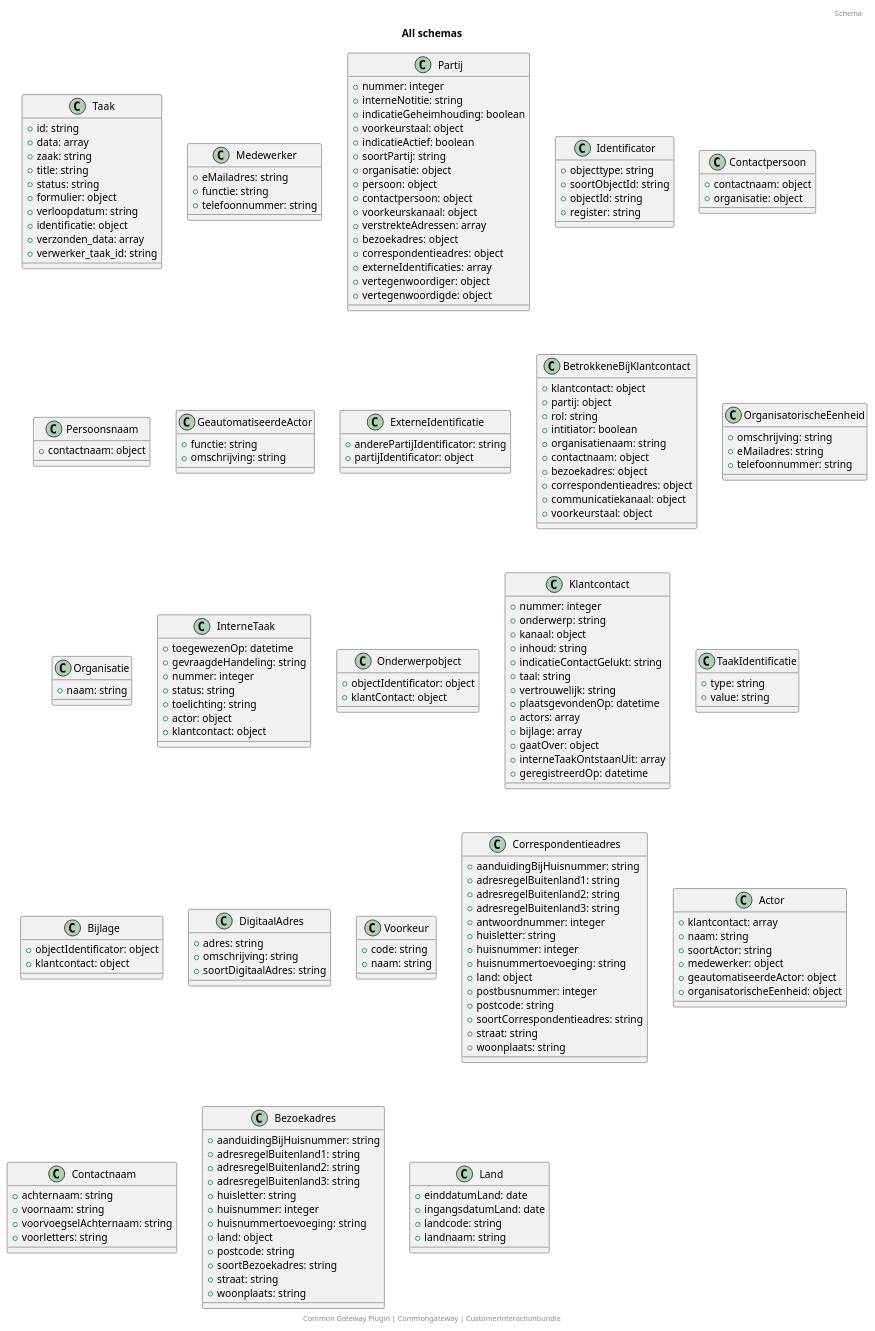
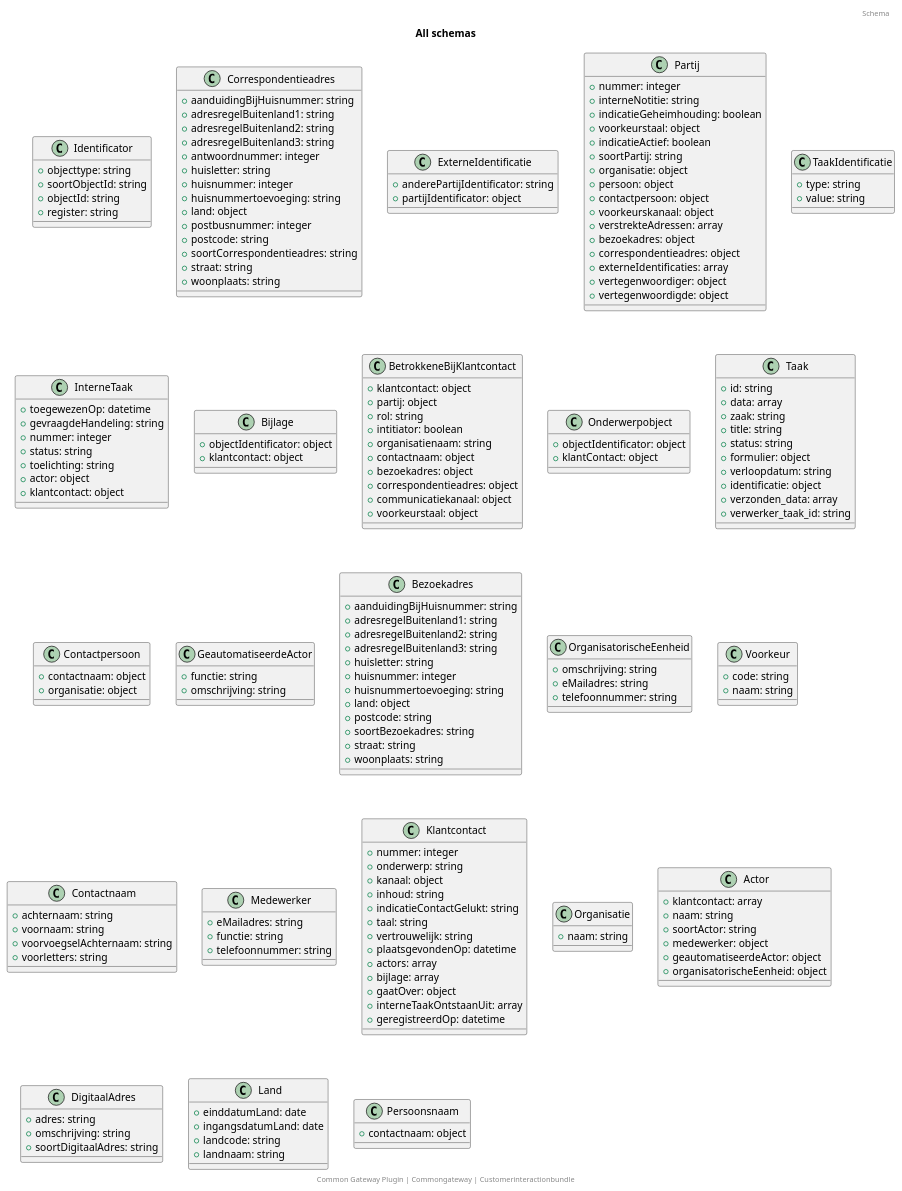
Before and after one commit to CommonGateway/CustomerInteractionBundle: the diagram in docs/schema/all_schema_classes.puml, drawn with PlantUML. The commit also changed other lines of this file and 1 other file, not shown here.

```diff
--- a/docs/schema/all_schema_classes.puml
+++ b/docs/schema/all_schema_classes.puml
@@ -1,176 +1,176 @@
 @startuml
 title: All schemas
 footer: Common Gateway Plugin | Commongateway | Customerinteractionbundle 
 header: Schema
-class Taak {
-  + id: string
-  + data: array
-  + zaak: string
-  + title: string
-  + status: string
-  + formulier: object
-  + verloopdatum: string
-  + identificatie: object
-  + verzonden_data: array
-  + verwerker_taak_id: string
+class Identificator {
+  + objecttype: string
+  + soortObjectId: string
+  + objectId: string
+  + register: string
 }
-class Medewerker {
-  + eMailadres: string
-  + functie: string
-  + telefoonnummer: string
+class Correspondentieadres {
+  + aanduidingBijHuisnummer: string
+  + adresregelBuitenland1: string
+  + adresregelBuitenland2: string
+  + adresregelBuitenland3: string
+  + antwoordnummer: integer
+  + huisletter: string
+  + huisnummer: integer
+  + huisnummertoevoeging: string
+  + land: object
+  + postbusnummer: integer
+  + postcode: string
+  + soortCorrespondentieadres: string
+  + straat: string
+  + woonplaats: string
+}
+class ExterneIdentificatie {
+  + anderePartijIdentificator: string
+  + partijIdentificator: object
 }
 class Partij {
   + nummer: integer
   + interneNotitie: string
   + indicatieGeheimhouding: boolean
   + voorkeurstaal: object
   + indicatieActief: boolean
   + soortPartij: string
   + organisatie: object
   + persoon: object
   + contactpersoon: object
   + voorkeurskanaal: object
   + verstrekteAdressen: array
   + bezoekadres: object
   + correspondentieadres: object
   + externeIdentificaties: array
   + vertegenwoordiger: object
   + vertegenwoordigde: object
 }
-class Identificator {
-  + objecttype: string
-  + soortObjectId: string
-  + objectId: string
-  + register: string
+class TaakIdentificatie {
+  + type: string
+  + value: string
 }
-class Contactpersoon {
-  + contactnaam: object
-  + organisatie: object
+class InterneTaak {
+  + toegewezenOp: datetime
+  + gevraagdeHandeling: string
+  + nummer: integer
+  + status: string
+  + toelichting: string
+  + actor: object
+  + klantcontact: object
 }
-class Persoonsnaam {
-  + contactnaam: object
-}
-class GeautomatiseerdeActor {
-  + functie: string
-  + omschrijving: string
-}
-class ExterneIdentificatie {
-  + anderePartijIdentificator: string
-  + partijIdentificator: object
+class Bijlage {
+  + objectIdentificator: object
+  + klantcontact: object
 }
 class BetrokkeneBijKlantcontact {
   + klantcontact: object
   + partij: object
   + rol: string
   + intitiator: boolean
   + organisatienaam: string
   + contactnaam: object
   + bezoekadres: object
   + correspondentieadres: object
   + communicatiekanaal: object
   + voorkeurstaal: object
 }
+class Onderwerpobject {
+  + objectIdentificator: object
+  + klantContact: object
+}
+class Taak {
+  + id: string
+  + data: array
+  + zaak: string
+  + title: string
+  + status: string
+  + formulier: object
+  + verloopdatum: string
+  + identificatie: object
+  + verzonden_data: array
+  + verwerker_taak_id: string
+}
+class Contactpersoon {
+  + contactnaam: object
+  + organisatie: object
+}
+class GeautomatiseerdeActor {
+  + functie: string
+  + omschrijving: string
+}
+class Bezoekadres {
+  + aanduidingBijHuisnummer: string
+  + adresregelBuitenland1: string
+  + adresregelBuitenland2: string
+  + adresregelBuitenland3: string
+  + huisletter: string
+  + huisnummer: integer
+  + huisnummertoevoeging: string
+  + land: object
+  + postcode: string
+  + soortBezoekadres: string
+  + straat: string
+  + woonplaats: string
+}
 class OrganisatorischeEenheid {
   + omschrijving: string
   + eMailadres: string
   + telefoonnummer: string
 }
-class Organisatie {
+class Voorkeur {
+  + code: string
   + naam: string
 }
-class InterneTaak {
-  + toegewezenOp: datetime
-  + gevraagdeHandeling: string
-  + nummer: integer
-  + status: string
-  + toelichting: string
-  + actor: object
-  + klantcontact: object
+class Contactnaam {
+  + achternaam: string
+  + voornaam: string
+  + voorvoegselAchternaam: string
+  + voorletters: string
 }
-class Onderwerpobject {
-  + objectIdentificator: object
-  + klantContact: object
+class Medewerker {
+  + eMailadres: string
+  + functie: string
+  + telefoonnummer: string
 }
 class Klantcontact {
   + nummer: integer
   + onderwerp: string
   + kanaal: object
   + inhoud: string
   + indicatieContactGelukt: string
   + taal: string
   + vertrouwelijk: string
   + plaatsgevondenOp: datetime
   + actors: array
   + bijlage: array
   + gaatOver: object
   + interneTaakOntstaanUit: array
   + geregistreerdOp: datetime
 }
-class TaakIdentificatie {
-  + type: string
-  + value: string
-}
-class Bijlage {
-  + objectIdentificator: object
-  + klantcontact: object
-}
-class DigitaalAdres {
-  + adres: string
-  + omschrijving: string
-  + soortDigitaalAdres: string
-}
-class Voorkeur {
-  + code: string
+class Organisatie {
   + naam: string
-}
-class Correspondentieadres {
-  + aanduidingBijHuisnummer: string
-  + adresregelBuitenland1: string
-  + adresregelBuitenland2: string
-  + adresregelBuitenland3: string
-  + antwoordnummer: integer
-  + huisletter: string
-  + huisnummer: integer
-  + huisnummertoevoeging: string
-  + land: object
-  + postbusnummer: integer
-  + postcode: string
-  + soortCorrespondentieadres: string
-  + straat: string
-  + woonplaats: string
 }
 class Actor {
   + klantcontact: array
   + naam: string
   + soortActor: string
   + medewerker: object
   + geautomatiseerdeActor: object
   + organisatorischeEenheid: object
 }
-class Contactnaam {
-  + achternaam: string
-  + voornaam: string
-  + voorvoegselAchternaam: string
-  + voorletters: string
-}
-class Bezoekadres {
-  + aanduidingBijHuisnummer: string
-  + adresregelBuitenland1: string
-  + adresregelBuitenland2: string
-  + adresregelBuitenland3: string
-  + huisletter: string
-  + huisnummer: integer
-  + huisnummertoevoeging: string
-  + land: object
-  + postcode: string
-  + soortBezoekadres: string
-  + straat: string
-  + woonplaats: string
+class DigitaalAdres {
+  + adres: string
+  + omschrijving: string
+  + soortDigitaalAdres: string
 }
 class Land {
   + einddatumLand: date
   + ingangsdatumLand: date
   + landcode: string
   + landnaam: string
 }
+class Persoonsnaam {
+  + contactnaam: object
+}
 @enduml
```
